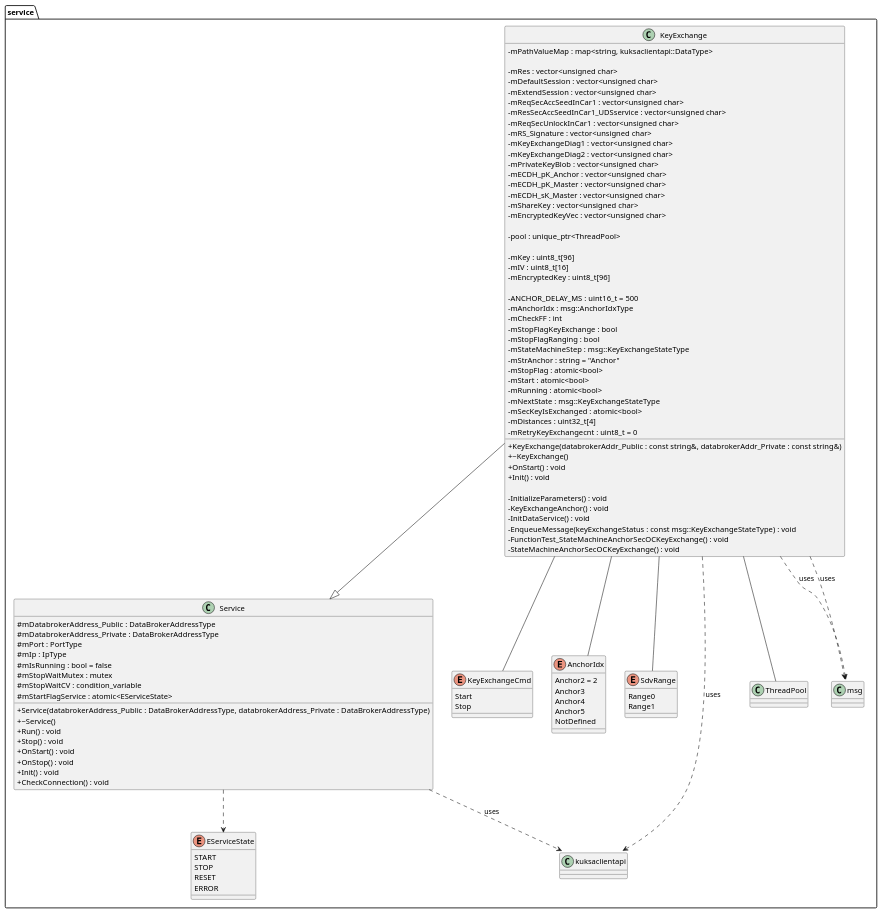
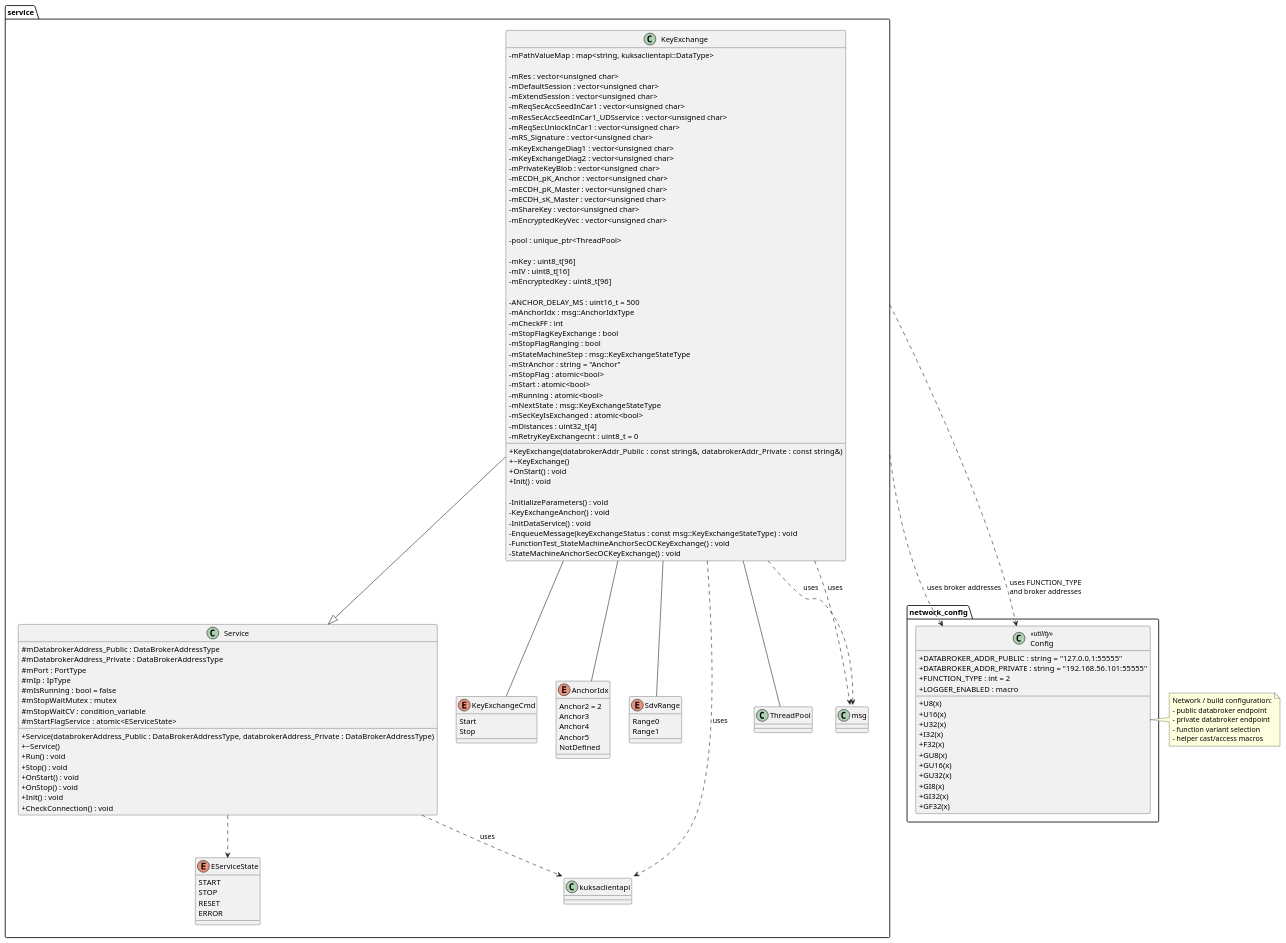
The diagram in diagrams/Detailed_KeyExchange_Class_Diagram.puml (VoLinhTruc/Bosch_Internship_DaoHongMinh), drawn with PlantUML before and after one commit. The commit also changed 3 other files, not shown here.

```diff
--- a/diagrams/Detailed_KeyExchange_Class_Diagram.puml
+++ b/diagrams/Detailed_KeyExchange_Class_Diagram.puml
@@ -1,118 +1,149 @@
 @startuml DetailedClassDiagram(structure)
 skinparam classAttributeIconSize 0
 
 namespace service {
 
 class Service {
     + Service(databrokerAddress_Public : DataBrokerAddressType, databrokerAddress_Private : DataBrokerAddressType)
     + ~Service()
     + Run() : void
     + Stop() : void
     + OnStart() : void
     + OnStop() : void
     + Init() : void
     + CheckConnection() : void
 
     # mDatabrokerAddress_Public : DataBrokerAddressType
     # mDatabrokerAddress_Private : DataBrokerAddressType
     # mPort : PortType
     # mIp : IpType
     # mIsRunning : bool = false
     # mStopWaitMutex : mutex
     # mStopWaitCV : condition_variable
     # mStartFlagService : atomic<EServiceState>
 }
 
 class KeyExchange {
     - mPathValueMap : map<string, kuksaclientapi::DataType>
 
     - mRes : vector<unsigned char>
     - mDefaultSession : vector<unsigned char>
     - mExtendSession : vector<unsigned char>
     - mReqSecAccSeedInCar1 : vector<unsigned char>
     - mResSecAccSeedInCar1_UDSservice : vector<unsigned char>
     - mReqSecUnlockInCar1 : vector<unsigned char>
     - mRS_Signature : vector<unsigned char>
     - mKeyExchangeDiag1 : vector<unsigned char>
     - mKeyExchangeDiag2 : vector<unsigned char>
     - mPrivateKeyBlob : vector<unsigned char>
     - mECDH_pK_Anchor : vector<unsigned char>
     - mECDH_pK_Master : vector<unsigned char>
     - mECDH_sK_Master : vector<unsigned char>
     - mShareKey : vector<unsigned char>
     - mEncryptedKeyVec : vector<unsigned char>
 
     - pool : unique_ptr<ThreadPool>
 
     - mKey : uint8_t[96]
     - mIV : uint8_t[16]
     - mEncryptedKey : uint8_t[96]
 
     - ANCHOR_DELAY_MS : uint16_t = 500
     - mAnchorIdx : msg::AnchorIdxType
     - mCheckFF : int
     - mStopFlagKeyExchange : bool
     - mStopFlagRanging : bool
     - mStateMachineStep : msg::KeyExchangeStateType
     - mStrAnchor : string = "Anchor"
     - mStopFlag : atomic<bool>
     - mStart : atomic<bool>
     - mRunning : atomic<bool>
     - mNextState : msg::KeyExchangeStateType
     - mSecKeyIsExchanged : atomic<bool>
     - mDistances : uint32_t[4]
     - mRetryKeyExchangecnt : uint8_t = 0
 
     + KeyExchange(databrokerAddr_Public : const string&, databrokerAddr_Private : const string&)
     + ~KeyExchange()
     + OnStart() : void
     + Init() : void
 
     - InitializeParameters() : void
     - KeyExchangeAnchor() : void
     - InitDataService() : void
     - EnqueueMessage(keyExchangeStatus : const msg::KeyExchangeStateType) : void
     - FunctionTest_StateMachineAnchorSecOCKeyExchange() : void
     - StateMachineAnchorSecOCKeyExchange() : void
 }
 
 enum EServiceState {
     START
     STOP
     RESET
     ERROR
 }
 
 enum KeyExchangeCmd {
     Start
     Stop
 }
 
 enum AnchorIdx {
     Anchor2 = 2
     Anchor3
     Anchor4
     Anchor5
     NotDefined
 }
 
 enum SdvRange {
     Range0
     Range1
 }
 
 Service ..> "kuksaclientapi::CheckConnection()" : uses
 Service ..> EServiceState
 KeyExchange --|> Service
 
 KeyExchange -- KeyExchangeCmd
 KeyExchange -- AnchorIdx
 KeyExchange -- SdvRange
 KeyExchange -- ThreadPool
 KeyExchange ..> "msg::AnchorIdxType" : uses
 KeyExchange ..> "msg::KeyExchangeStateType" : uses
 KeyExchange ..> "kuksaclientapi::DataType" : uses
 
 }
 
+package "network_config" {
+class Config <<utility>> {
+    + DATABROKER_ADDR_PUBLIC : string = "127.0.0.1:55555"
+    + DATABROKER_ADDR_PRIVATE : string = "192.168.56.101:55555"
+    + FUNCTION_TYPE : int = 2
+    + LOGGER_ENABLED : macro
+    + U8(x)
+    + U16(x)
+    + U32(x)
+    + I32(x)
+    + F32(x)
+    + GU8(x)
+    + GU16(x)
+    + GU32(x)
+    + GI8(x)
+    + GI32(x)
+    + GF32(x)
+}
+}
+
+service::Service ..> Config : uses broker addresses
+service::KeyExchange ..> Config : uses FUNCTION_TYPE\nand broker addresses
+
+note right of Config
+  Network / build configuration:
+  - public databroker endpoint
+  - private databroker endpoint
+  - function variant selection
+  - helper cast/access macros
+end note
+
 @enduml
```
